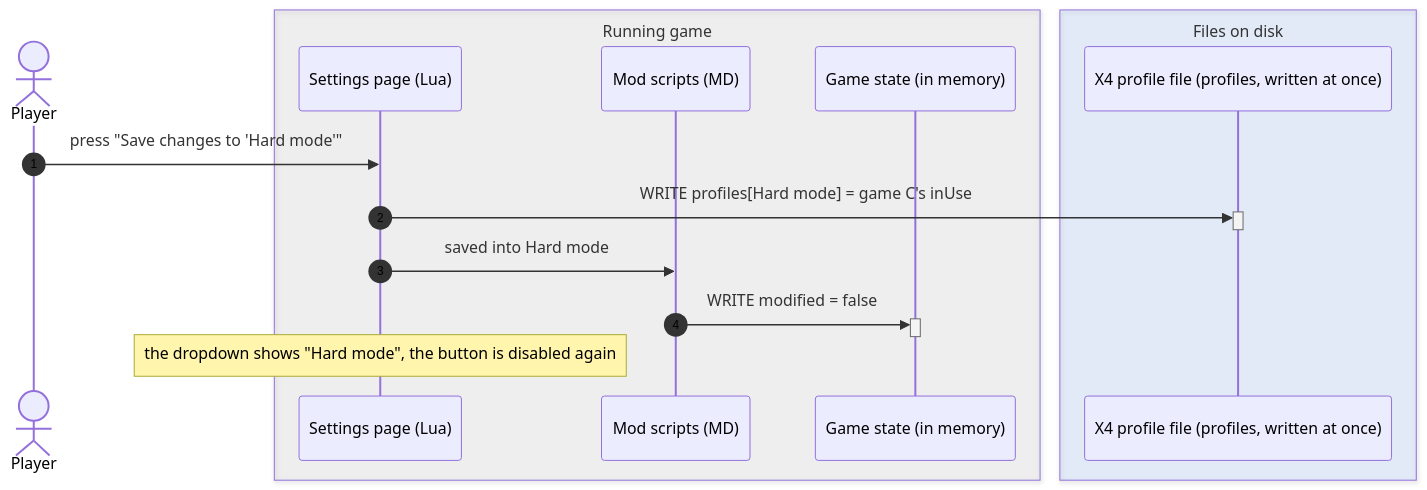
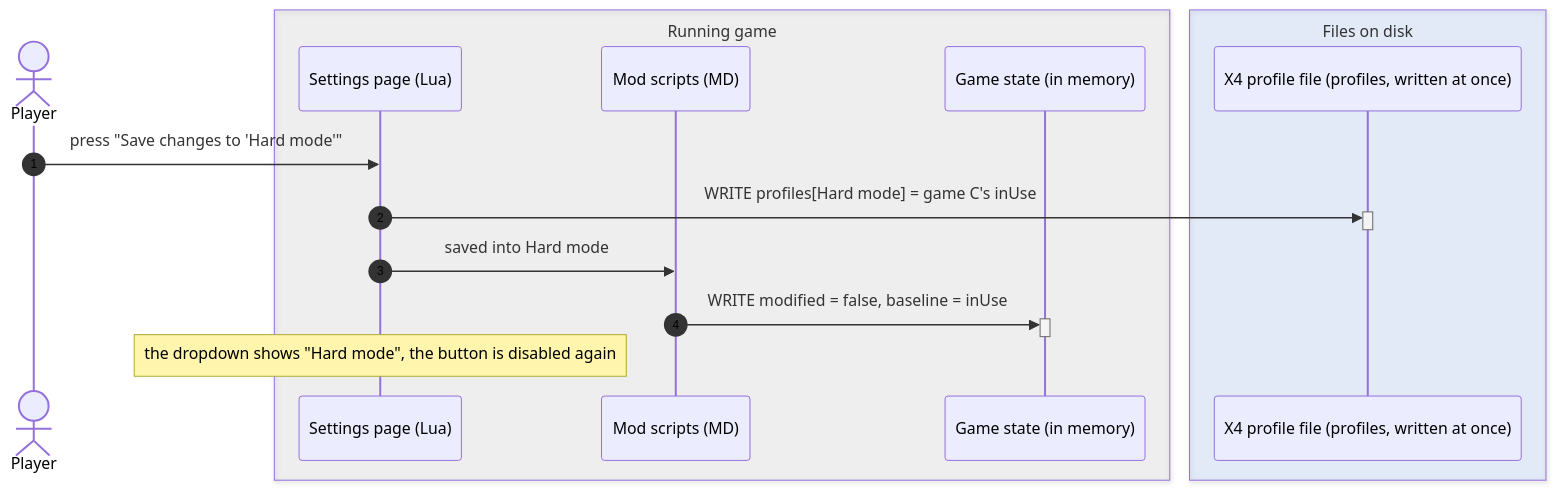
Before and after one commit to ecarlste/x4-pirates-life-mod: the third of 11 diagrams in docs/specs/settings-profiles-flows.md, drawn with Mermaid. The commit also changed other lines of this file and 10 other files, not shown here.

````diff
--- a/docs/specs/settings-profiles-flows.md
+++ b/docs/specs/settings-profiles-flows.md
@@ -221,22 +225,22 @@
 ```mermaid
 %%{init: {'themeVariables': {'sequenceNumberColor': '#000000'}, 'themeCSS': '[id$=sequencenumber] circle { fill: #ffffff } .sequenceNumber { fill: #000000 }'}}%%
 sequenceDiagram
     autonumber
     actor P as Player
     box rgba(150,150,150,0.10) Running game
     participant L as Settings page (Lua)
     participant M as Mod scripts (MD)
     participant G as Game state (in memory)
     end
     box rgba(80,140,255,0.12) Files on disk
     participant U as X4 profile file (profiles, written at once)
     end
 
     P->>L: press "Save changes to 'Hard mode'"
     L->>+U: WRITE profiles[Hard mode] = game C's inUse
     deactivate U
     L->>M: saved into Hard mode
-    M->>+G: WRITE modified = false
+    M->>+G: WRITE modified = false, baseline = inUse
     deactivate G
     Note over L: the dropdown shows "Hard mode", the button is disabled again
 ```
````
